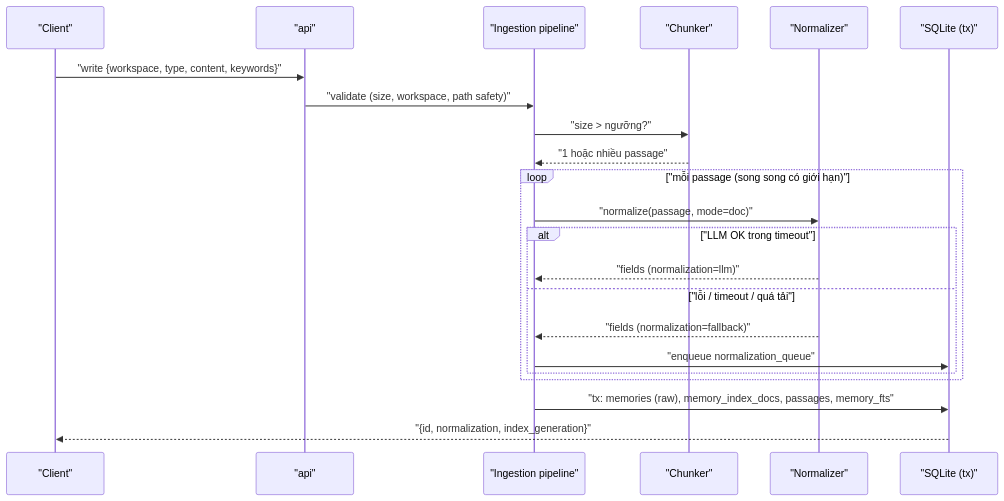
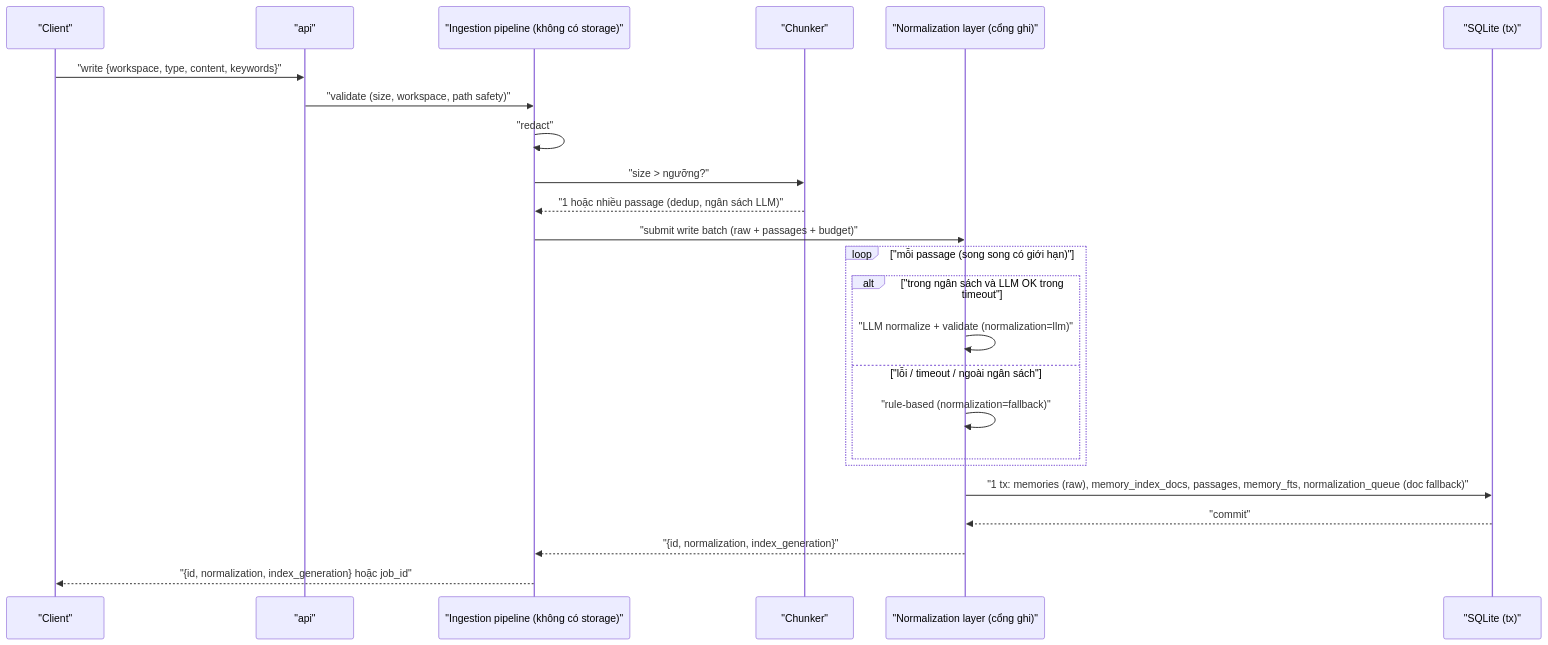
The fourth of 7 diagrams in docs/pr01/planning-artifacts/architecture/architecture-agent-memory-2026-10-20/solution-design.md (taimufuraiyaa/agent-memory), drawn with Mermaid before and after one commit. The commit also changed other lines of this file and 10 other files, not shown here.

First line of the commit message:
Route all PR01 writes through the normalization layer (AD-12)

````diff
--- a/docs/pr01/planning-artifacts/architecture/architecture-agent-memory-2026-10-20/solution-design.md
+++ b/docs/pr01/planning-artifacts/architecture/architecture-agent-memory-2026-10-20/solution-design.md
@@ -175,24 +176,26 @@
 ```mermaid
 sequenceDiagram
     participant C as "Client"
     participant API as "api"
-    participant ING as "Ingestion pipeline"
+    participant ING as "Ingestion pipeline (không có storage)"
     participant CH as "Chunker"
-    participant N as "Normalizer"
+    participant N as "Normalization layer (cổng ghi)"
     participant DB as "SQLite (tx)"
     C->>API: "write {workspace, type, content, keywords}"
     API->>ING: "validate (size, workspace, path safety)"
+    ING->>ING: "redact"
     ING->>CH: "size > ngưỡng?"
-    CH-->>ING: "1 hoặc nhiều passage"
+    CH-->>ING: "1 hoặc nhiều passage (dedup, ngân sách LLM)"
+    ING->>N: "submit write batch (raw + passages + budget)"
     loop "mỗi passage (song song có giới hạn)"
-        ING->>N: "normalize(passage, mode=doc)"
-        alt "LLM OK trong timeout"
-            N-->>ING: "fields (normalization=llm)"
-        else "lỗi / timeout / quá tải"
-            N-->>ING: "fields (normalization=fallback)"
-            ING->>DB: "enqueue normalization_queue"
+        alt "trong ngân sách và LLM OK trong timeout"
+            N->>N: "LLM normalize + validate (normalization=llm)"
+        else "lỗi / timeout / ngoài ngân sách"
+            N->>N: "rule-based (normalization=fallback)"
         end
     end
-    ING->>DB: "tx: memories (raw), memory_index_docs, passages, memory_fts"
-    DB-->>C: "{id, normalization, index_generation}"
+    N->>DB: "1 tx: memories (raw), memory_index_docs, passages, memory_fts, normalization_queue (doc fallback)"
+    DB-->>N: "commit"
+    N-->>ING: "{id, normalization, index_generation}"
+    ING-->>C: "{id, normalization, index_generation} hoặc job_id"
 ```
````
